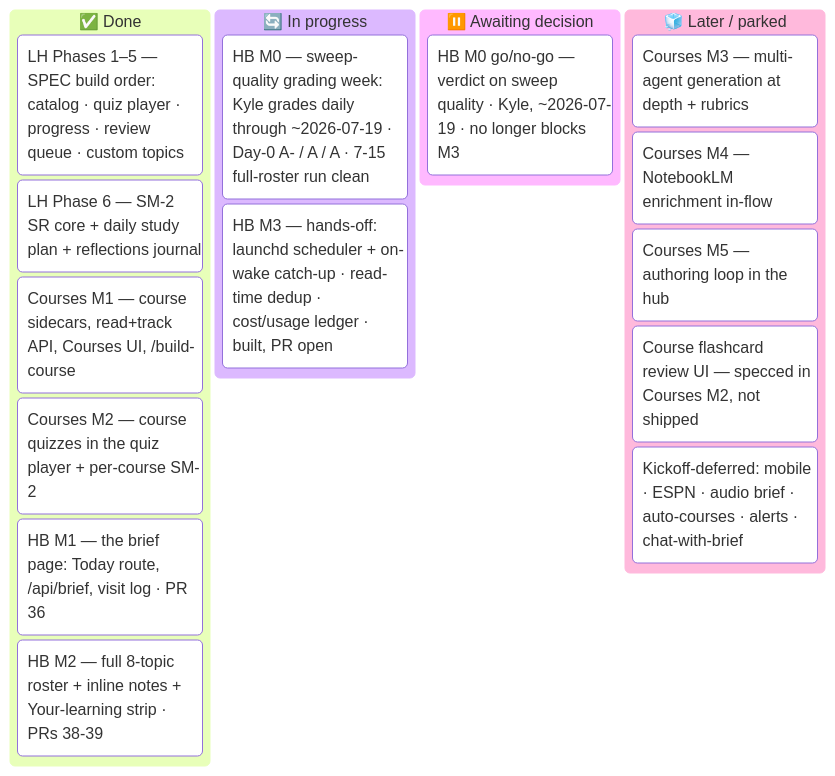
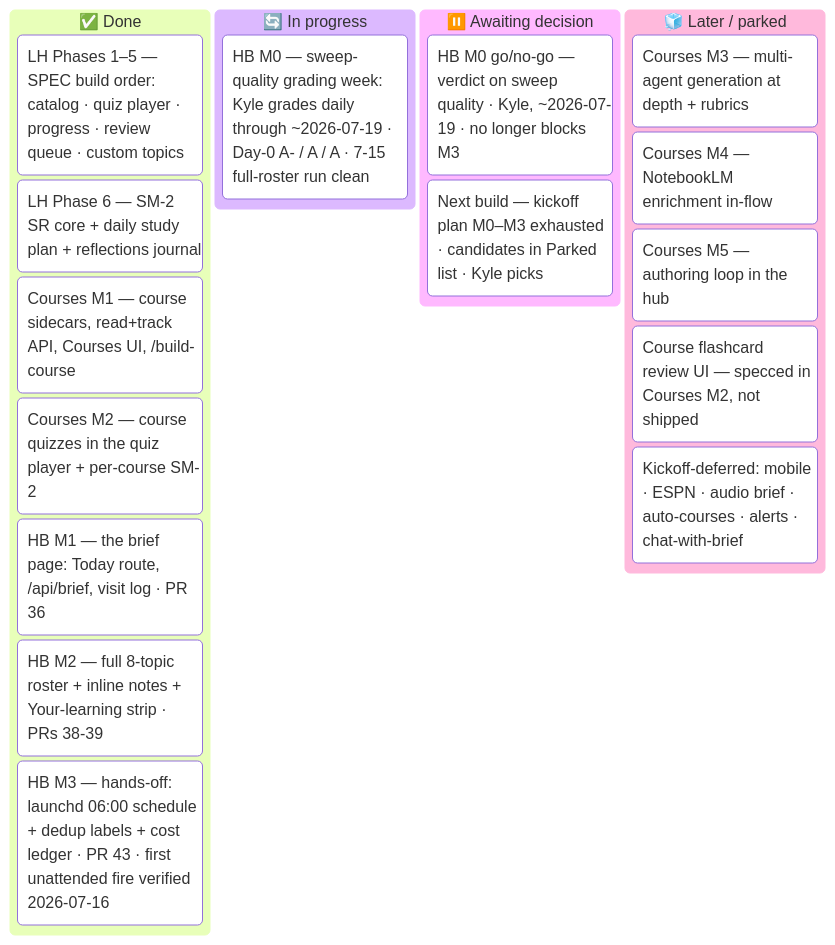
Before and after one commit to ksdisch/home-base: the diagram in docs/MASTER_PLAN.md, drawn with Mermaid. The commit also changed other lines of this file and 2 other files, not shown here.

First line of the commit message:
docs: record M3 shipped + first unattended 06:00 fire verified

````diff
--- a/docs/MASTER_PLAN.md
+++ b/docs/MASTER_PLAN.md
@@ -34,21 +35,22 @@
 ```mermaid
 kanban
   done["✅ Done"]
     lh15["LH Phases 1–5 — SPEC build order: catalog · quiz player · progress · review queue · custom topics"]
     lh6["LH Phase 6 — SM-2 SR core + daily study plan + reflections journal"]
     lh7["Courses M1 — course sidecars, read+track API, Courses UI, /build-course"]
     lh7m2["Courses M2 — course quizzes in the quiz player + per-course SM-2"]
     hbm1["HB M1 — the brief page: Today route, /api/brief, visit log · PR 36"]
     hbm2["HB M2 — full 8-topic roster + inline notes + Your-learning strip · PRs 38-39"]
+    hbm3["HB M3 — hands-off: launchd 06:00 schedule + dedup labels + cost ledger · PR 43 · first unattended fire verified 2026-07-16"]
   doing["🔄 In progress"]
     hbm0["HB M0 — sweep-quality grading week: Kyle grades daily through ~2026-07-19 · Day-0 A- / A / A · 7-15 full-roster run clean"]
-    hbm3["HB M3 — hands-off: launchd scheduler + on-wake catch-up · read-time dedup · cost/usage ledger · built, PR open"]
   decide["⏸️ Awaiting decision"]
     hbm0verdict["HB M0 go/no-go — verdict on sweep quality · Kyle, ~2026-07-19 · no longer blocks M3"]
+    hbnext["Next build — kickoff plan M0–M3 exhausted · candidates in Parked list · Kyle picks"]
   later["🧊 Later / parked"]
     cm3["Courses M3 — multi-agent generation at depth + rubrics"]
     cm4["Courses M4 — NotebookLM enrichment in-flow"]
     cm5["Courses M5 — authoring loop in the hub"]
     fcui["Course flashcard review UI — specced in Courses M2, not shipped"]
     defer["Kickoff-deferred: mobile · ESPN · audio brief · auto-courses · alerts · chat-with-brief"]
 ```
````
